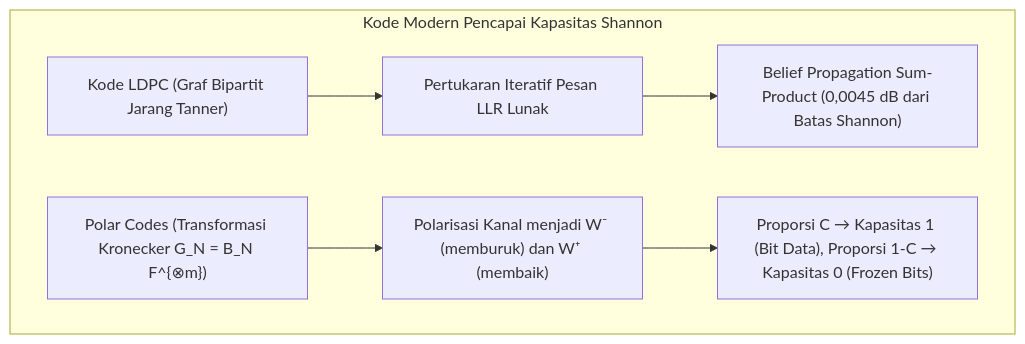
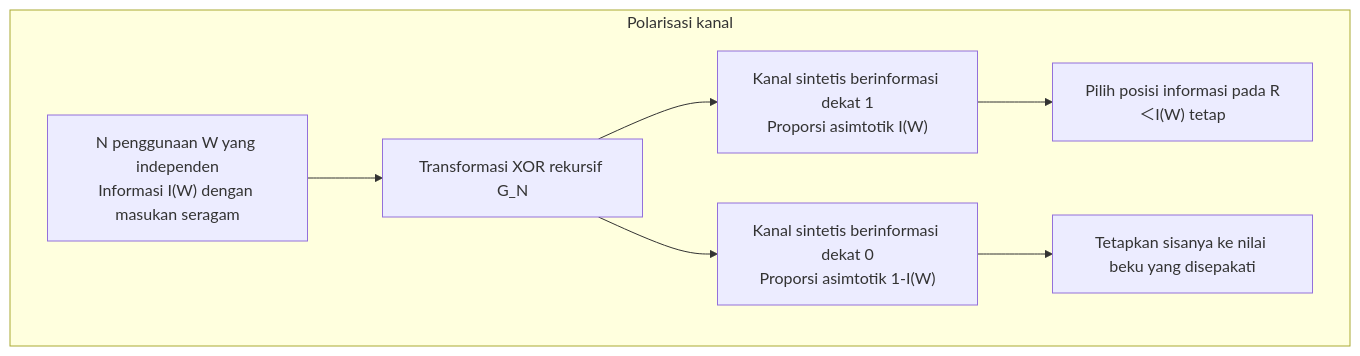
Before and after one commit to kenjinote/blog: the fourth of 4 diagrams in content/post/error-correcting-codes-hamming-reed-solomon-ldpc-shannon-capacity-information-theory/index.id.md, drawn with Mermaid. The commit also changed other lines of this file and 14 other files, not shown here.

````diff
--- a/content/post/error-correcting-codes-hamming-reed-solomon-ldpc-shannon-capacity-information-theory/index.id.md
+++ b/content/post/error-correcting-codes-hamming-reed-solomon-ldpc-shannon-capacity-information-theory/index.id.md
@@ -133,9 +508,10 @@
 ```mermaid
 flowchart TD
-    subgraph CapID["Kode Modern Pencapai Kapasitas Shannon"]
-        L1["Kode LDPC (Graf Bipartit Jarang Tanner)"] --> L2["Pertukaran Iteratif Pesan LLR Lunak"]
-        L2 --> L3["Belief Propagation Sum-Product (0,0045 dB dari Batas Shannon)"]
-        P1["Polar Codes (Transformasi Kronecker G_N = B_N F^{⊗m})"] --> P2["Polarisasi Kanal menjadi W⁻ (memburuk) dan W⁺ (membaik)"]
-        P2 --> P3["Proporsi C → Kapasitas 1 (Bit Data), Proporsi 1-C → Kapasitas 0 (Frozen Bits)"]
+    subgraph Polar["Polarisasi kanal"]
+        W["N penggunaan W yang independen<br/>Informasi I(W) dengan masukan seragam"] --> Kron["Transformasi XOR rekursif G_N"]
+        Kron --> Good["Kanal sintetis berinformasi dekat 1<br/>Proporsi asimtotik I(W)"]
+        Kron --> Bad["Kanal sintetis berinformasi dekat 0<br/>Proporsi asimtotik 1-I(W)"]
+        Good --> Info["Pilih posisi informasi pada R＜I(W) tetap"]
+        Bad --> Frozen["Tetapkan sisanya ke nilai beku yang disepakati"]
     end
 ```
````
